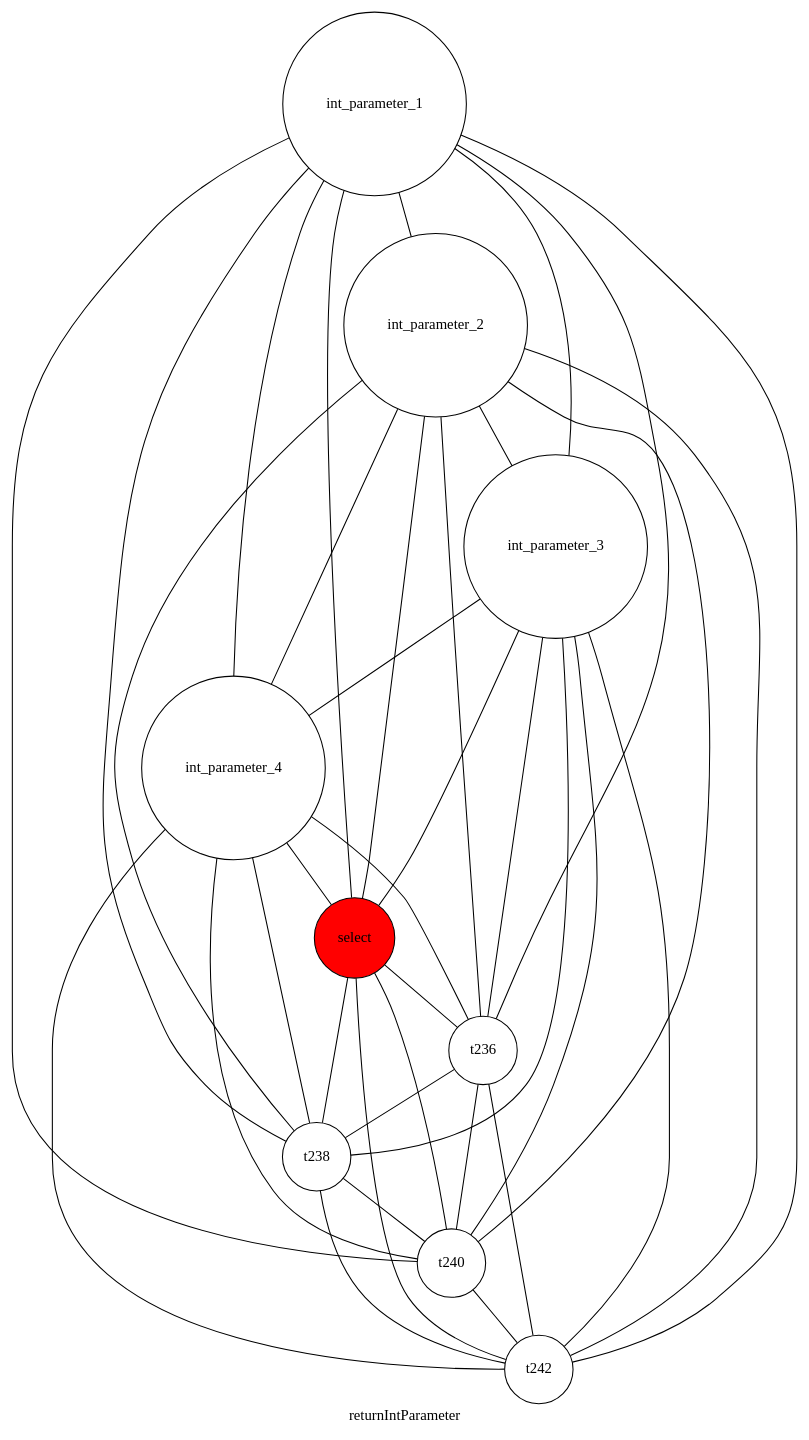
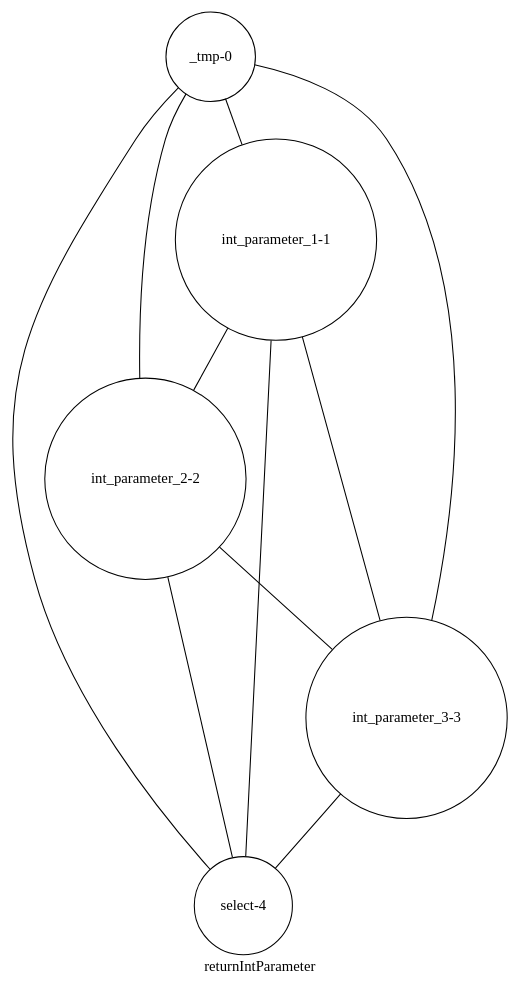
The diagram in Compiler/basic_block/conflict_graph/returnIntParameter.dot (yifan123/Compiler), drawn with Graphviz before and after one commit. The commit also changed 392 other files, not shown here.

Commit message:
完工，做了以下优化： 1. 常量折叠 2. 划分基本块并使用graphviz绘制控制流图 3. 在parser时直接将所有常量的值计算出来 4. 到达定义分析，计算d-u链和活跃变量分析 5. 构建冲突图，图着色 6. 全局寄存器分配加寄存器池 7.栈传参改为寄存器传参

```diff
--- a/Compiler/basic_block/conflict_graph/returnIntParameter.dot
+++ b/Compiler/basic_block/conflict_graph/returnIntParameter.dot
@@ -1,48 +1,18 @@
 graph returnIntParameter{
 label =returnIntParameter
-t236[label="t236", shape=circle, style=filled, fillcolor=White]
-t238[label="t238", shape=circle, style=filled, fillcolor=White]
-t240[label="t240", shape=circle, style=filled, fillcolor=White]
-t242[label="t242", shape=circle, style=filled, fillcolor=White]
-int_parameter_1[label="int_parameter_1", shape=circle, style=filled, fillcolor=White]
-int_parameter_2[label="int_parameter_2", shape=circle, style=filled, fillcolor=White]
-int_parameter_3[label="int_parameter_3", shape=circle, style=filled, fillcolor=White]
-int_parameter_4[label="int_parameter_4", shape=circle, style=filled, fillcolor=White]
-select[label="select", shape=circle, style=filled, fillcolor=Red]
+_tmp[label="_tmp-0", shape=circle, style=filled, fillcolor=White]
+int_parameter_1[label="int_parameter_1-1", shape=circle, style=filled, fillcolor=White]
+int_parameter_2[label="int_parameter_2-2", shape=circle, style=filled, fillcolor=White]
+int_parameter_3[label="int_parameter_3-3", shape=circle, style=filled, fillcolor=White]
+select[label="select-4", shape=circle, style=filled, fillcolor=White]
+_tmp--int_parameter_1
+_tmp--int_parameter_2
+_tmp--int_parameter_3
+_tmp--select
 int_parameter_1--int_parameter_2
 int_parameter_1--int_parameter_3
-int_parameter_1--int_parameter_4
 int_parameter_1--select
-int_parameter_1--t236
-int_parameter_1--t238
-int_parameter_1--t240
-int_parameter_1--t242
 int_parameter_2--int_parameter_3
-int_parameter_2--int_parameter_4
 int_parameter_2--select
-int_parameter_2--t236
-int_parameter_2--t238
-int_parameter_2--t240
-int_parameter_2--t242
-int_parameter_3--int_parameter_4
 int_parameter_3--select
-int_parameter_3--t236
-int_parameter_3--t238
-int_parameter_3--t240
-int_parameter_3--t242
-int_parameter_4--select
-int_parameter_4--t236
-int_parameter_4--t238
-int_parameter_4--t240
-int_parameter_4--t242
-select--t236
-select--t238
-select--t240
-select--t242
-t236--t238
-t236--t240
-t236--t242
-t238--t240
-t238--t242
-t240--t242
 }
```
